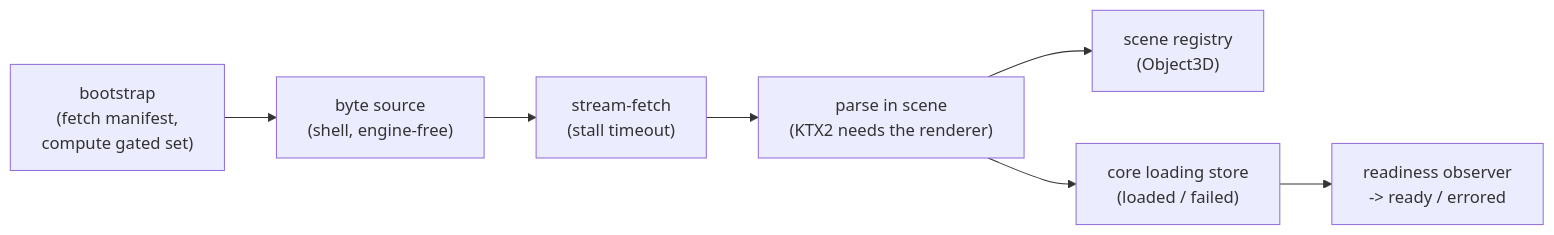
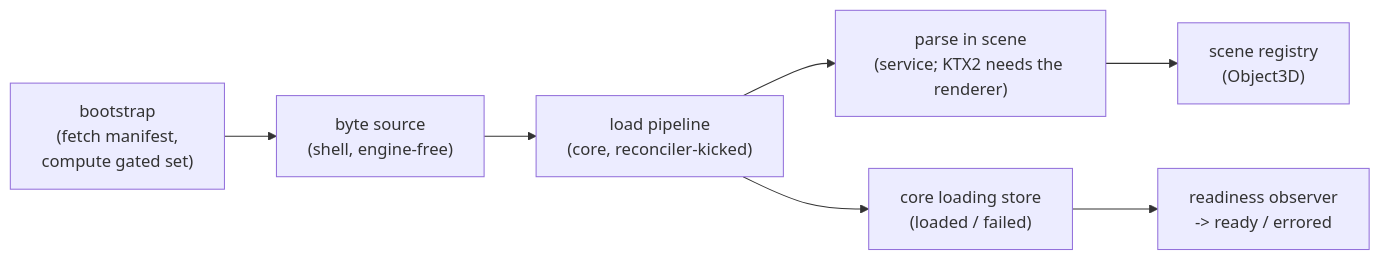
One commit to christopher-r-anderson/room-layout changed the diagram in docs/architecture/startup-and-asset-loading.md. Above: the diagram before and after it, drawn with Mermaid. The commit also changed other lines of this file and 21 other files, not shown here.

````diff
--- a/docs/architecture/startup-and-asset-loading.md
+++ b/docs/architecture/startup-and-asset-loading.md
@@ -50,9 +50,9 @@
 ```mermaid
 flowchart LR
   boot["bootstrap\n(fetch manifest,\ncompute gated set)"] --> bytes["byte source\n(shell, engine-free)"]
-  bytes --> stream["stream-fetch\n(stall timeout)"]
-  stream --> parse["parse in scene\n(KTX2 needs the renderer)"]
+  bytes --> pipeline["load pipeline\n(core, reconciler-kicked)"]
+  pipeline --> parse["parse in scene\n(service; KTX2 needs the renderer)"]
   parse --> registry["scene registry\n(Object3D)"]
-  parse --> store["core loading store\n(loaded / failed)"]
+  pipeline --> store["core loading store\n(loaded / failed)"]
   store --> ready["readiness observer\n-> ready / errored"]
 ```
````
